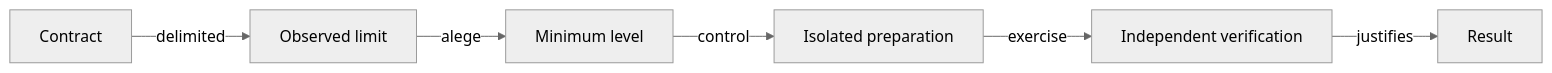
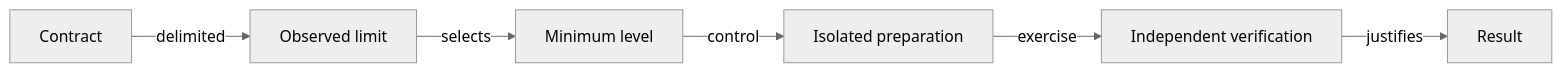
Before and after one commit to crististefanita/atf_j4: the diagram in docs/testing/ATF_Architecture.md, drawn with Mermaid (neutral theme). The commit also changed other lines of this file and 126 other files, not shown here.

````diff
--- a/docs/testing/ATF_Architecture.md
+++ b/docs/testing/ATF_Architecture.md
@@ -9,8 +9,8 @@
 ```mermaid
 flowchart LR
     CONTRACT[Contract] -->|delimited| LIMIT[Observed limit]
-    LIMIT -->|alege| LAYER[Minimum level]
+    LIMIT -->|selects| LAYER[Minimum level]
     LAYER -->|control| FIXTURE[Isolated preparation]
     FIXTURE -->|exercise| CHECK[Independent verification]
     CHECK -->|justifies| RESULT[Result]
 ```
````
